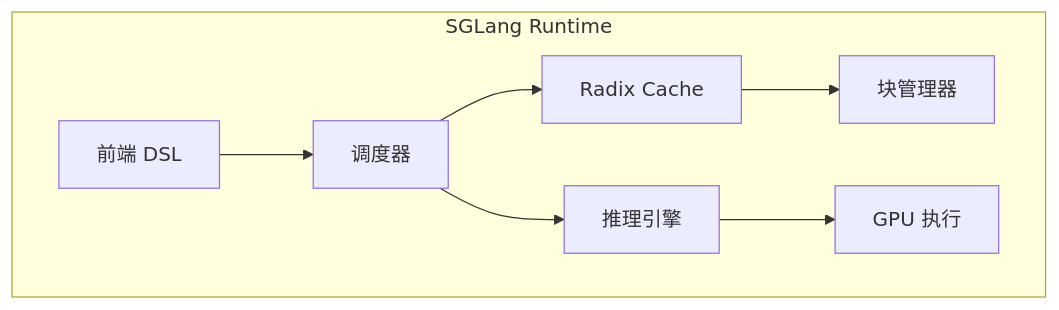
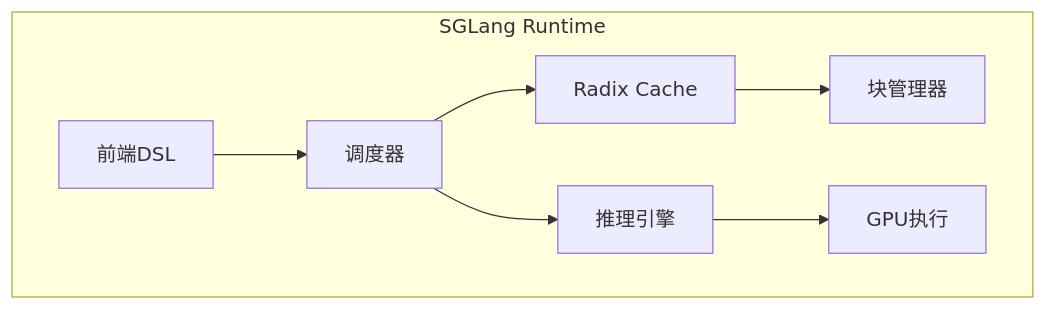
The third of 3 diagrams in learning/website/docs/basics/18-radix-attention.md (Xunzhuo/mini-sglang), drawn with Mermaid before and after one commit. The commit also changed other lines of this file and 23 other files, not shown here.

````diff
--- a/learning/website/docs/basics/18-radix-attention.md
+++ b/learning/website/docs/basics/18-radix-attention.md
@@ -290,10 +222,10 @@
 ```mermaid
 graph TB
     subgraph SGLang Runtime
-        FE[前端 DSL] --> Scheduler[调度器]
+        FE[前端DSL] --> Scheduler[调度器]
         Scheduler --> RadixCache[Radix Cache]
         Scheduler --> Engine[推理引擎]
         RadixCache --> BlockManager[块管理器]
-        Engine --> GPU[GPU 执行]
+        Engine --> GPU[GPU执行]
     end
 ```
````
